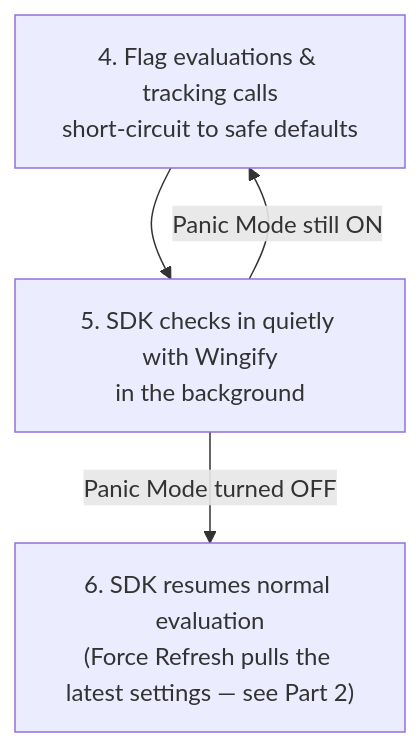
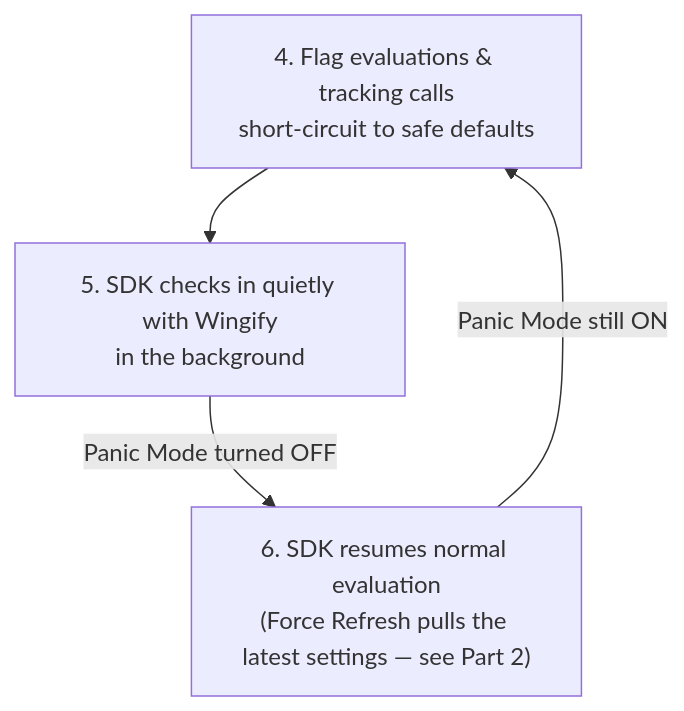
Before and after one commit to wingify/readme-central: the second of 3 diagrams in docs/Concepts/panic-mode-and-force-refresh.md, drawn with Mermaid.

Commit message:
Update doc `panic-mode-and-force-refresh`

````diff
--- a/docs/Concepts/panic-mode-and-force-refresh.md
+++ b/docs/Concepts/panic-mode-and-force-refresh.md
@@ -63,10 +63,10 @@
 ```mermaid
 flowchart TD
-  D["4. Flag evaluations & tracking calls\nshort-circuit to safe defaults"]
-  E["5. SDK checks in quietly with Wingify\nin the background"]
-  F["6. SDK resumes normal evaluation\n(Force Refresh pulls the latest settings — see Part 2)"]
+  C["4. Flag evaluations & tracking calls\nshort-circuit to safe defaults"]
+  D["5. SDK checks in quietly with Wingify\nin the background"]
+  E["6. SDK resumes normal evaluation\n(Force Refresh pulls the latest settings — see Part 2)"]
 
-  D --> E
-  E -- "Panic Mode still ON" --> D
-  E -- "Panic Mode turned OFF" --> F
+  C --> D
+  E -- "Panic Mode still ON" --> C
+  D -- "Panic Mode turned OFF" --> E
 ```
````
